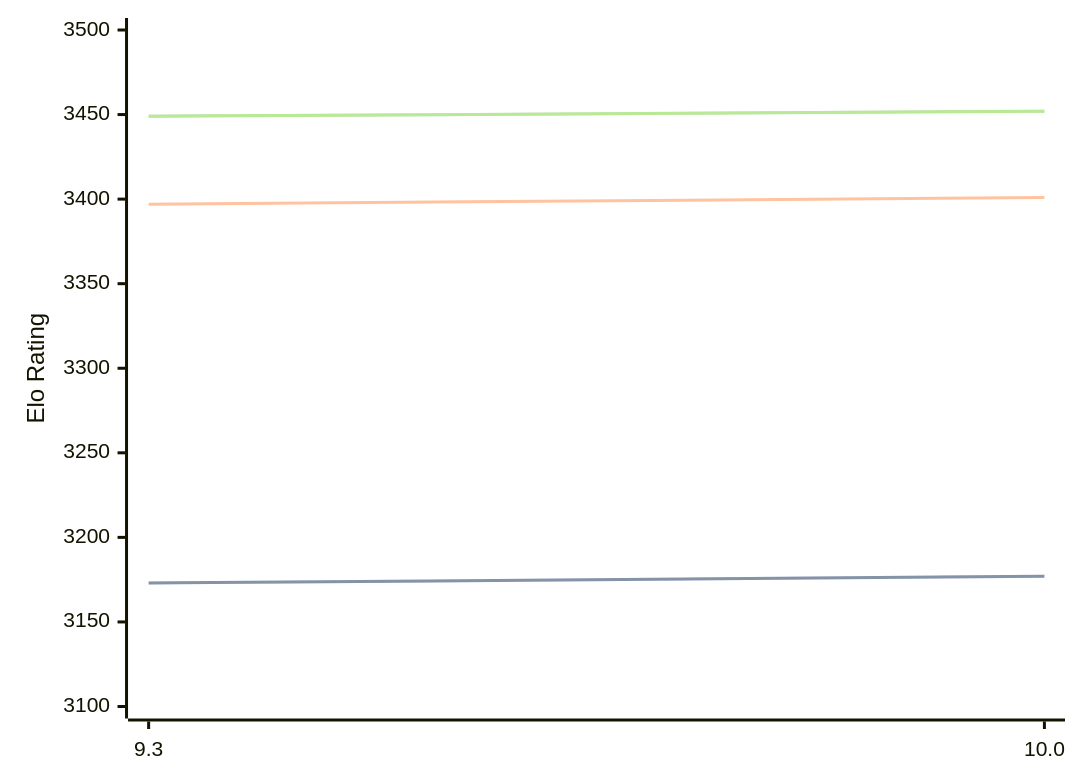
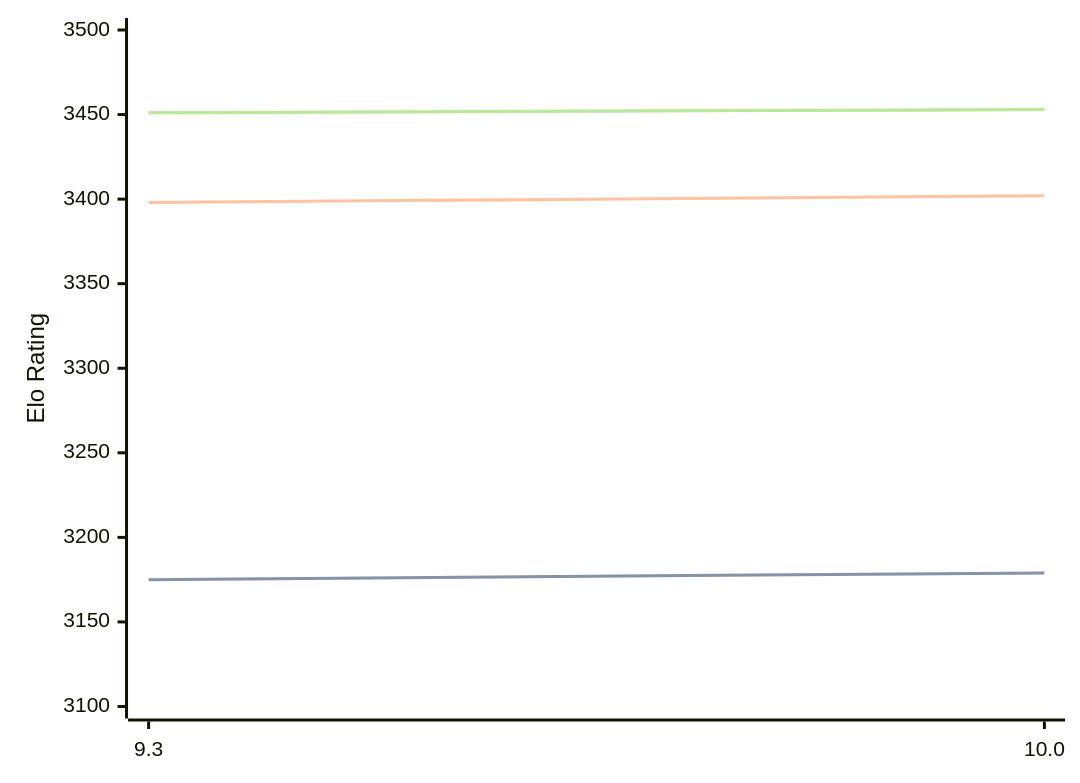
One commit to computer-chess-index/cci changed the diagram in engines/Fire.md. Above: the diagram before and after it, drawn with Mermaid. The commit also changed other lines of this file, not shown here.

Commit message:
Update CCI Ratings (ELO VLTC) - 2026-03-29

````diff
--- a/engines/Fire.md
+++ b/engines/Fire.md
@@ -47,11 +47,11 @@
 ```mermaid
 %%{init: {"theme":"base","themeVariables":{"seriesColors:['#a3a3a3','#222221','#faa371']}}}%%
 xychart-beta
   x-axis ["9.3", "10.0"]
   y-axis "Elo Rating" 3100 --> 3500
-  line "STC (8.0+0.08s)" [3173, 3177]
-  line "STC (8.0+0.08s)" [3173, 3177]
-  line "LTC (60.0+0.60s)" [3397, 3401]
-  line "VLTC (2m24s+1.12s)" [3449, 3452]
-  line "VLTC (2m24s+1.12s)" [3449, 3452]
+  line "STC (8.0+0.08s)" [3175, 3179]
+  line "STC (8.0+0.08s)" [3175, 3179]
+  line "LTC (60.0+0.60s)" [3398, 3402]
+  line "VLTC (2m24s+1.12s)" [3451, 3453]
+  line "VLTC (2m24s+1.12s)" [3451, 3453]
 ```
````
